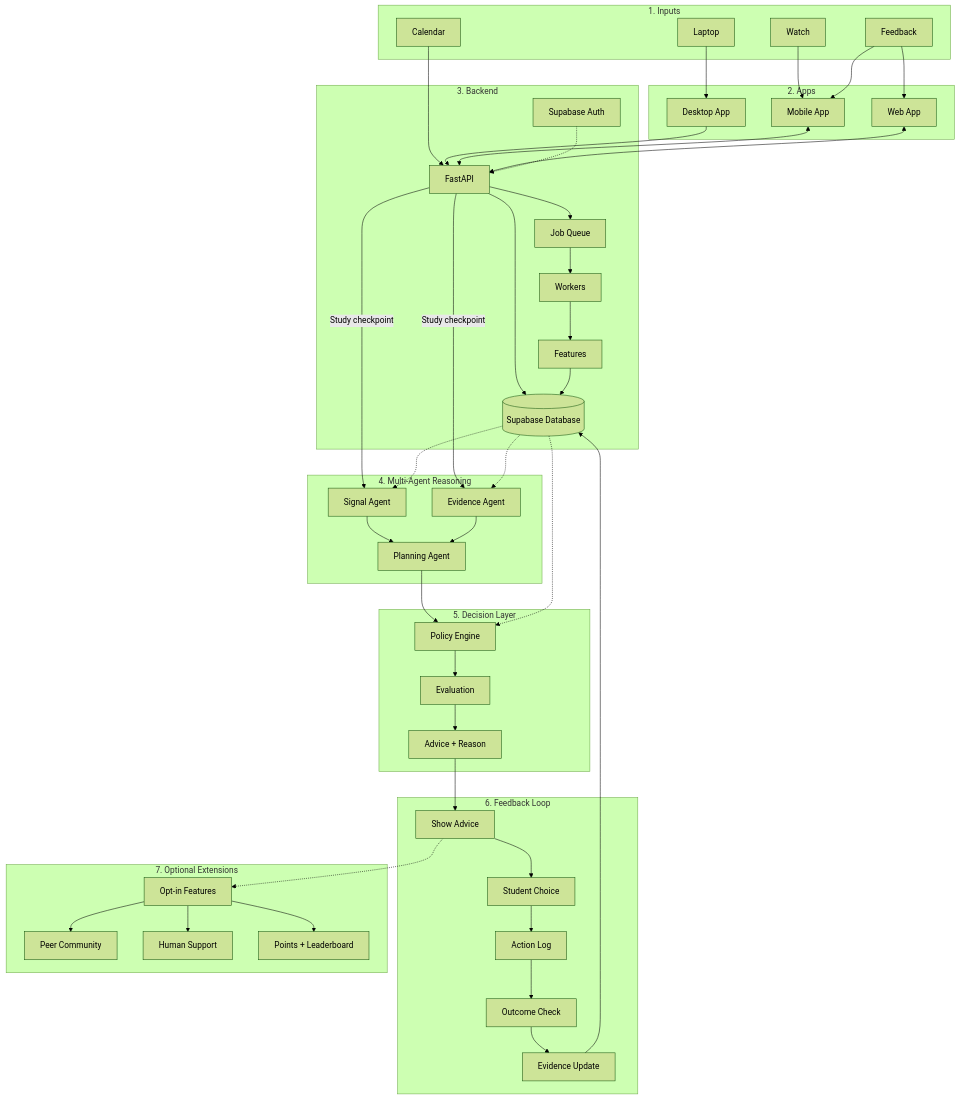
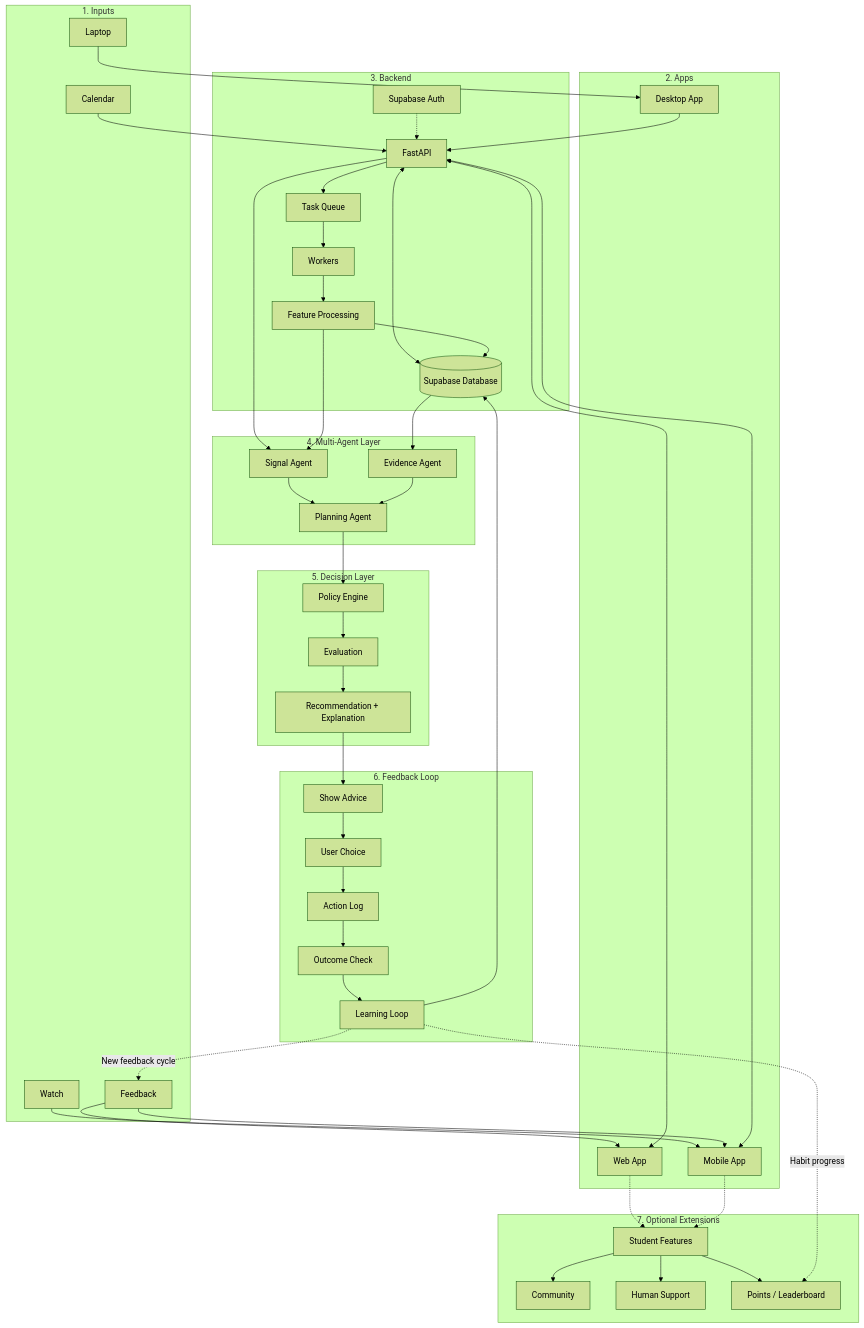
The diagram in README.md (raghavan93513/Cognitive-Performance-Agent), drawn with Mermaid (forest theme) before and after one commit. The commit also changed other lines of this file, not shown here.

Commit message:
New system architecture details

````diff
--- a/README.md
+++ b/README.md
@@ -7,93 +8,114 @@
 ```mermaid
 flowchart TD
 
-    subgraph INPUTS["1. Inputs"]
+    %% 1. INPUTS
+    subgraph DATA["1. Inputs"]
         CAL["Calendar"]
         WATCH["Watch"]
         LAP["Laptop"]
-        FEEDBACK["Feedback"]
+        FEED["Feedback"]
     end
 
+    %% 2. APPLICATIONS
     subgraph APPS["2. Apps"]
-        MOBILE["Mobile App"]
+        MOB["Mobile App"]
         WEB["Web App"]
-        DESKTOP["Desktop App"]
+        DESK["Desktop App"]
     end
 
-    subgraph BACKEND["3. Backend"]
+    %% 3. BACKEND
+    subgraph CORE["3. Backend"]
         API["FastAPI"]
         AUTH["Supabase Auth"]
         DB[("Supabase Database")]
-        QUEUE["Job Queue"]
-        WORKER["Workers"]
-        FEATURES["Features"]
+        Q["Task Queue"]
+        WORK["Workers"]
+        FEAT["Feature Processing"]
     end
 
-    subgraph AGENTS["4. Multi-Agent Reasoning"]
-        SIGNAL["Signal Agent"]
-        EVIDENCE["Evidence Agent"]
-        PLANNER["Planning Agent"]
+    %% 4. MULTI-AGENT SYSTEM
+    subgraph AGENTS["4. Multi-Agent Layer"]
+        SIG["Signal Agent"]
+        EVD["Evidence Agent"]
+        PLAN["Planning Agent"]
     end
 
+    %% 5. DECISION LAYER
     subgraph DECISION["5. Decision Layer"]
         POLICY["Policy Engine"]
         EVAL["Evaluation"]
-        ADVICE["Advice + Reason"]
+        REC["Recommendation + Explanation"]
     end
 
+    %% 6. FEEDBACK LOOP
     subgraph LOOP["6. Feedback Loop"]
-        DISPLAY["Show Advice"]
-        CHOICE["Student Choice"]
-        ACTION["Action Log"]
-        OUTCOME["Outcome Check"]
-        LEARN["Evidence Update"]
+        SHOW["Show Advice"]
+        CHOICE["User Choice"]
+        ACT["Action Log"]
+        OUT["Outcome Check"]
+        LEARN["Learning Loop"]
     end
 
-    subgraph EXT["7. Optional Extensions"]
-        OPTIONAL["Opt-in Features"]
-        COMMUNITY["Peer Community"]
+    %% 7. OPTIONAL EXTENSIONS
+    subgraph EXTRA["7. Optional Extensions"]
+        EXT["Student Features"]
+        COMM["Community"]
         HUMAN["Human Support"]
-        POINTS["Points + Leaderboard"]
-        OPTIONAL --> COMMUNITY
-        OPTIONAL --> HUMAN
-        OPTIONAL --> POINTS
+        POINTS["Points / Leaderboard"]
+
+        EXT --> COMM
+        EXT --> HUMAN
+        EXT --> POINTS
     end
 
+    %% INPUTS TO APPLICATIONS
     CAL --> API
-    WATCH --> MOBILE
-    LAP --> DESKTOP
-    FEEDBACK --> MOBILE
-    FEEDBACK --> WEB
+    WATCH --> MOB
+    LAP --> DESK
+    FEED --> MOB
+    FEED --> WEB
 
-    DESKTOP --> API
-    MOBILE <--> API
+    %% APPLICATIONS TO BACKEND
+    MOB <--> API
     WEB <--> API
+    DESK --> API
 
+    %% BACKEND PROCESSING
     AUTH -.-> API
-    API --> DB
-    API --> QUEUE
-    QUEUE --> WORKER
-    WORKER --> FEATURES
-    FEATURES --> DB
+    API <--> DB
+    API --> Q
+    Q --> WORK
+    WORK --> FEAT
+    FEAT --> DB
 
-    API -->|Study checkpoint| SIGNAL
-    API -->|Study checkpoint| EVIDENCE
-    DB -.-> SIGNAL
-    DB -.-> EVIDENCE
-    SIGNAL --> PLANNER
-    EVIDENCE --> PLANNER
+    %% BACKEND TO AGENTS
+    API --> SIG
+    FEAT --> SIG
+    DB --> EVD
 
-    PLANNER --> POLICY
-    DB -.-> POLICY
+    %% MULTI-AGENT REASONING
+    SIG --> PLAN
+    EVD --> PLAN
+
+    %% POLICY AND EVALUATION
+    PLAN --> POLICY
     POLICY --> EVAL
-    EVAL --> ADVICE
+    EVAL --> REC
 
-    ADVICE --> DISPLAY
-    DISPLAY --> CHOICE
-    CHOICE --> ACTION
-    ACTION --> OUTCOME
-    OUTCOME --> LEARN
+    %% RECOMMENDATION AND USER ACTION
+    REC --> SHOW
+    SHOW --> CHOICE
+    CHOICE --> ACT
+    ACT --> OUT
+    OUT --> LEARN
+
+    %% CLOSED FEEDBACK LOOP
     LEARN --> DB
+    LEARN -.->|New feedback cycle| FEED
 
-    DISPLAY -.-> OPTIONAL
+    %% OPTIONAL FEATURES
+    WEB -.-> EXT
+    MOB -.-> EXT
+    LEARN -.->|Habit progress| POINTS
+
 ```
````
